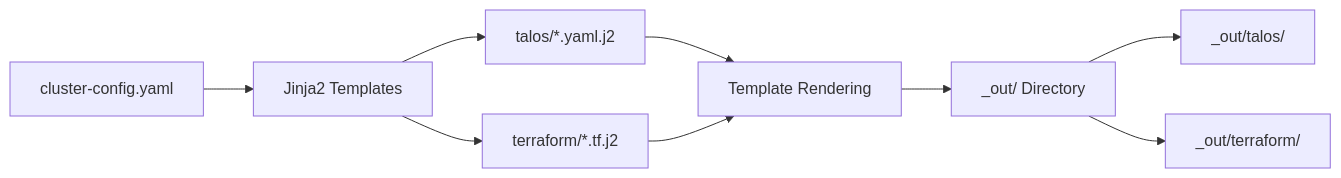
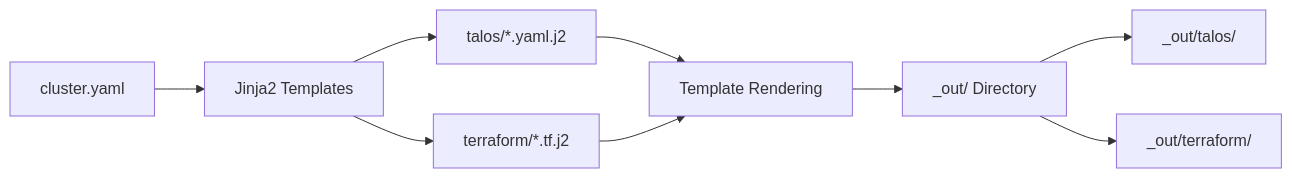
Before and after one commit to binGhzal/infraFlux: the second of 4 diagrams in docs/DEPLOYMENT_FLOWCHART_ENHANCED.md, drawn with Mermaid. The commit also changed other lines of this file and 11 other files, not shown here.

````diff
--- a/docs/DEPLOYMENT_FLOWCHART_ENHANCED.md
+++ b/docs/DEPLOYMENT_FLOWCHART_ENHANCED.md
@@ -227,13 +227,13 @@
 ```mermaid
 graph LR
-    CONFIG[cluster-config.yaml] --> JINJA[Jinja2 Templates]
+    CONFIG[cluster.yaml] --> JINJA[Jinja2 Templates]
     JINJA --> TALOS_TMPL[talos/*.yaml.j2]
     JINJA --> TF_TMPL[terraform/*.tf.j2]
     
     TALOS_TMPL --> RENDER[Template Rendering]
     TF_TMPL --> RENDER
     
     RENDER --> OUTPUT[_out/ Directory]
     OUTPUT --> TALOS_OUT[_out/talos/]
     OUTPUT --> TF_OUT[_out/terraform/]
 ```
````
